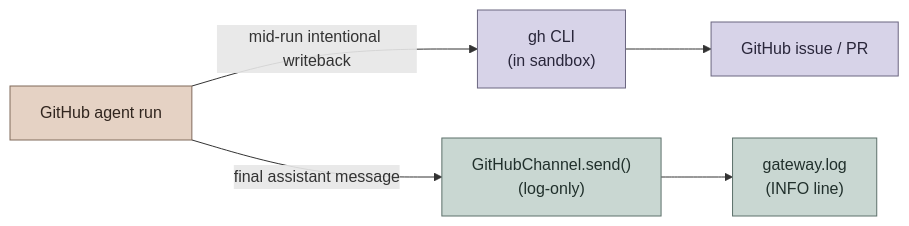
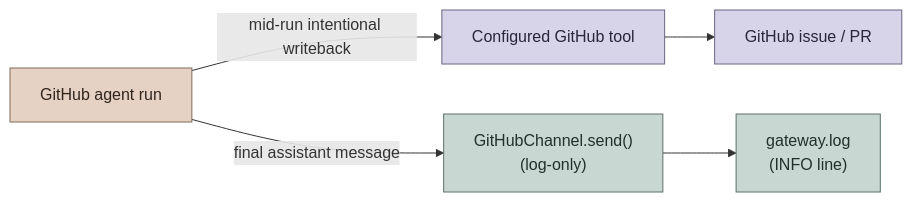
Before and after one commit to bytedance/deer-flow: the seventh of 7 diagrams in backend/docs/GITHUB_AGENTS.md, drawn with Mermaid. The commit also changed other lines of this file and 14 other files, not shown here.

````diff
--- a/backend/docs/GITHUB_AGENTS.md
+++ b/backend/docs/GITHUB_AGENTS.md
@@ -274,15 +237,15 @@
 ```mermaid
 graph LR
     classDef agent fill:#E5D2C4,stroke:#806A5B,color:#30251E
     classDef send fill:#C9D7D2,stroke:#5D706A,color:#21302C
     classDef gh fill:#D7D3E8,stroke:#6B6680,color:#29263A
 
     Run["GitHub agent run"]:::agent
-    GhCLI["gh CLI<br/>(in sandbox)"]:::gh
+    GitHubTool["Configured GitHub tool"]:::gh
     Issue["GitHub issue / PR"]:::gh
     Channel["GitHubChannel.send()<br/>(log-only)"]:::send
     Log["gateway.log<br/>(INFO line)"]:::send
 
-    Run -->|"mid-run intentional writeback"| GhCLI --> Issue
+    Run -->|"mid-run intentional writeback"| GitHubTool --> Issue
     Run -->|"final assistant message"| Channel --> Log
 ```
````
